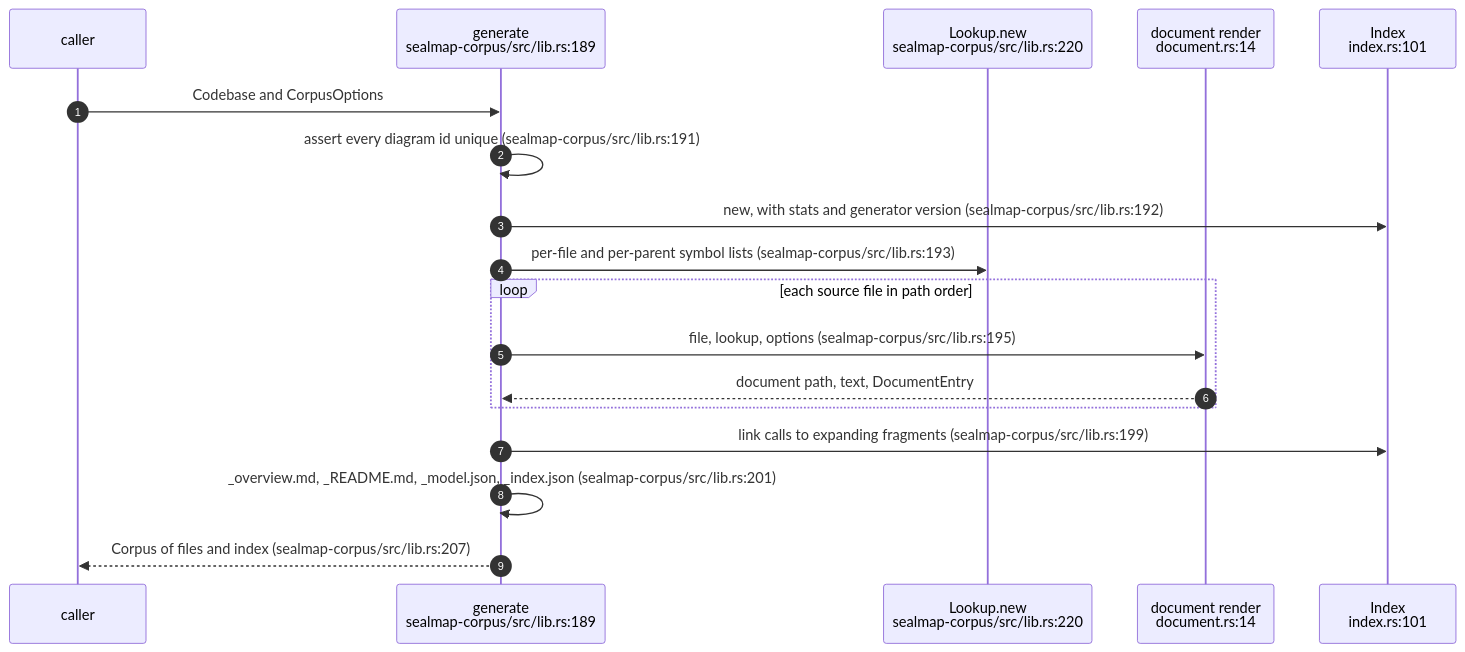
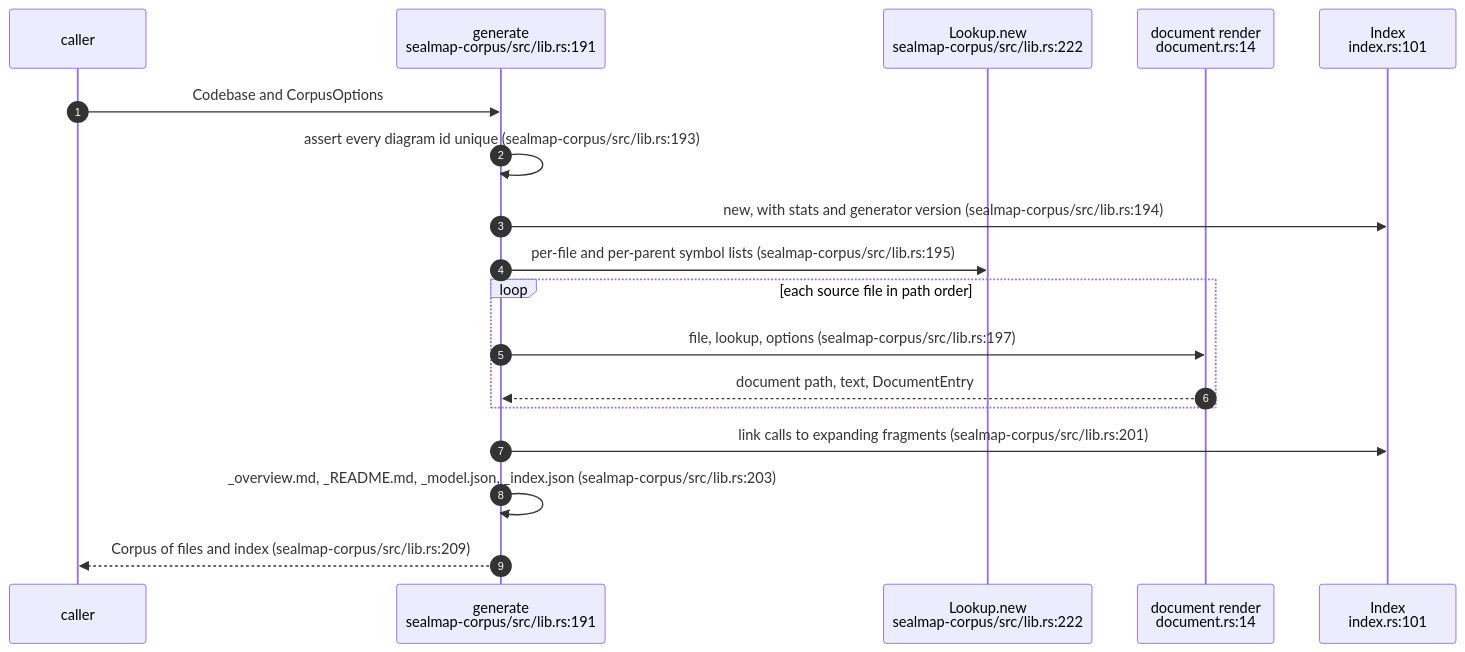
The first of 5 diagrams in docs/diagrams/corpus/01-generating-the-corpus-and-index.md (DreamLab-AI/codemaid), drawn with Mermaid before and after one commit. The commit also changed other lines of this file and 23 other files, not shown here.

````diff
--- a/docs/diagrams/corpus/01-generating-the-corpus-and-index.md
+++ b/docs/diagrams/corpus/01-generating-the-corpus-and-index.md
@@ -51,20 +51,20 @@
 ```mermaid
 sequenceDiagram
     autonumber
     participant CL as caller
-    participant GE as generate<br/>sealmap-corpus/src/lib.rs:189
-    participant LK as Lookup.new<br/>sealmap-corpus/src/lib.rs:220
+    participant GE as generate<br/>sealmap-corpus/src/lib.rs:191
+    participant LK as Lookup.new<br/>sealmap-corpus/src/lib.rs:222
     participant DR as document render<br/>document.rs:14
     participant IX as Index<br/>index.rs:101
     CL->>GE: Codebase and CorpusOptions
-    GE->>GE: assert every diagram id unique (sealmap-corpus/src/lib.rs:191)
-    GE->>IX: new, with stats and generator version (sealmap-corpus/src/lib.rs:192)
-    GE->>LK: per-file and per-parent symbol lists (sealmap-corpus/src/lib.rs:193)
+    GE->>GE: assert every diagram id unique (sealmap-corpus/src/lib.rs:193)
+    GE->>IX: new, with stats and generator version (sealmap-corpus/src/lib.rs:194)
+    GE->>LK: per-file and per-parent symbol lists (sealmap-corpus/src/lib.rs:195)
     loop each source file in path order
-        GE->>DR: file, lookup, options (sealmap-corpus/src/lib.rs:195)
+        GE->>DR: file, lookup, options (sealmap-corpus/src/lib.rs:197)
         DR-->>GE: document path, text, DocumentEntry
     end
-    GE->>IX: link calls to expanding fragments (sealmap-corpus/src/lib.rs:199)
-    GE->>GE: _overview.md, _README.md, _model.json, _index.json (sealmap-corpus/src/lib.rs:201)
-    GE-->>CL: Corpus of files and index (sealmap-corpus/src/lib.rs:207)
+    GE->>IX: link calls to expanding fragments (sealmap-corpus/src/lib.rs:201)
+    GE->>GE: _overview.md, _README.md, _model.json, _index.json (sealmap-corpus/src/lib.rs:203)
+    GE-->>CL: Corpus of files and index (sealmap-corpus/src/lib.rs:209)
 ```
````
